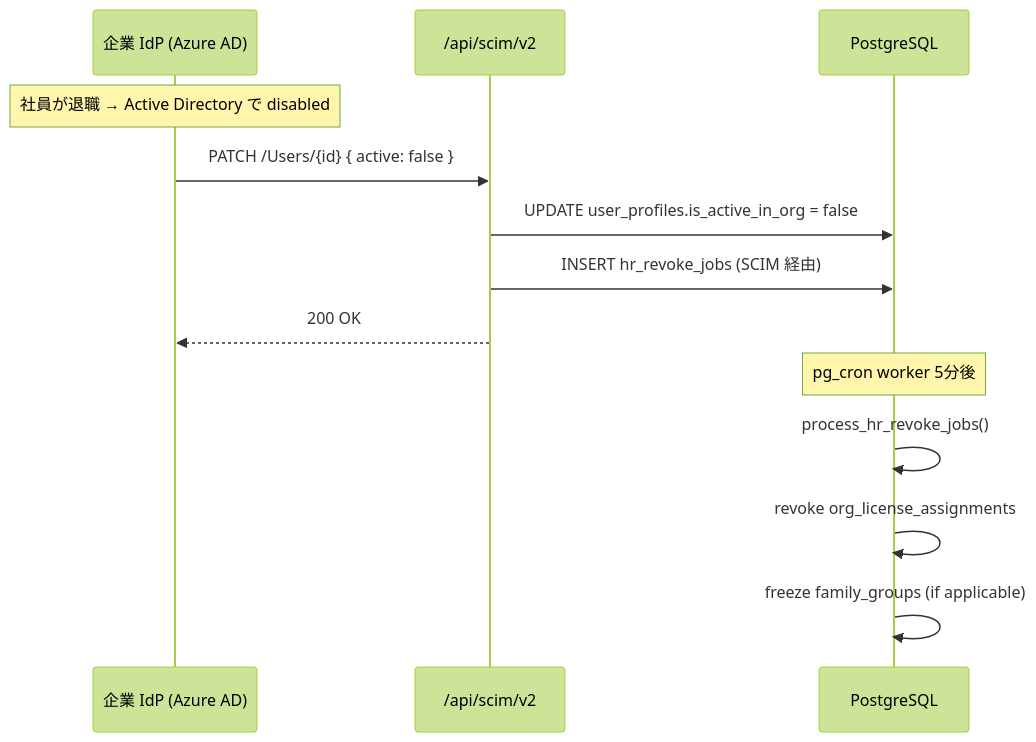
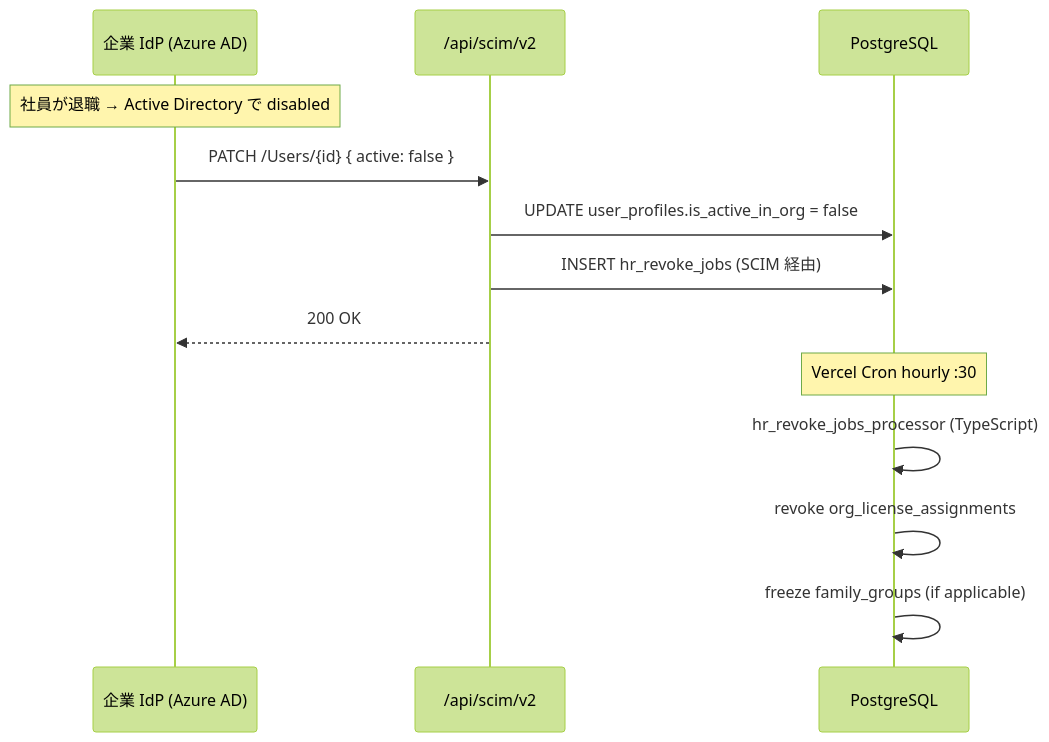
The third of 3 diagrams in docs/design/org/08-sso-saml.md (DaisukeHori/homegohan-app), drawn with Mermaid (forest theme) before and after one commit. The commit also changed 7 other files, not shown here.

````diff
--- a/docs/design/org/08-sso-saml.md
+++ b/docs/design/org/08-sso-saml.md
@@ -273,17 +273,17 @@
 ```mermaid
 sequenceDiagram
   participant IdP as 企業 IdP (Azure AD)
   participant SCIM as /api/scim/v2
   participant DB as PostgreSQL
 
   note over IdP: 社員が退職 → Active Directory で disabled
   IdP->>SCIM: PATCH /Users/{id} { active: false }
   SCIM->>DB: UPDATE user_profiles.is_active_in_org = false
   SCIM->>DB: INSERT hr_revoke_jobs (SCIM 経由)
   SCIM-->>IdP: 200 OK
 
-  note over DB: pg_cron worker 5分後
-  DB->>DB: process_hr_revoke_jobs()
+  note over DB: Vercel Cron hourly :30
+  DB->>DB: hr_revoke_jobs_processor (TypeScript)
   DB->>DB: revoke org_license_assignments
   DB->>DB: freeze family_groups (if applicable)
 ```
````
